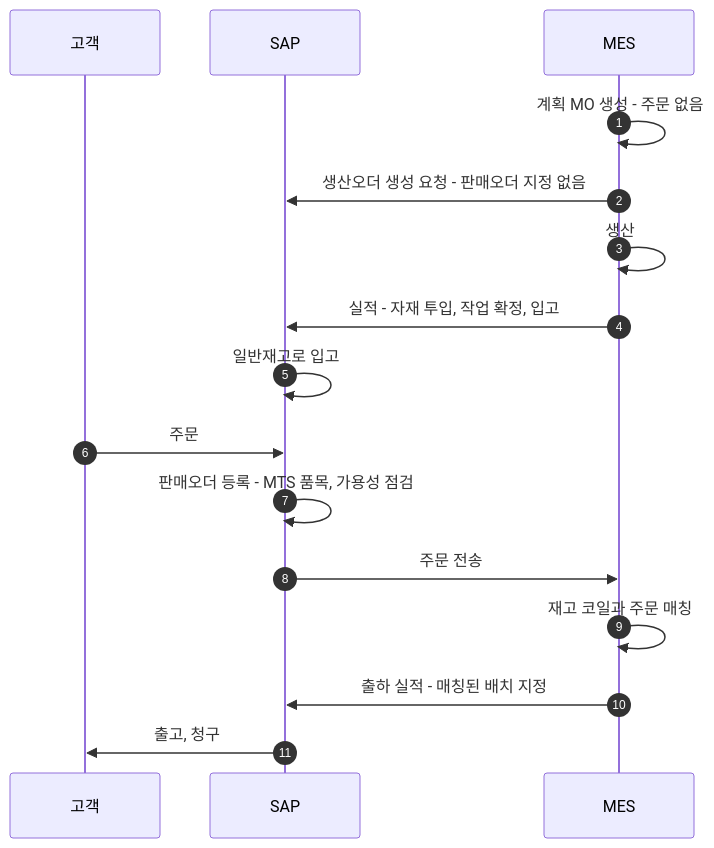
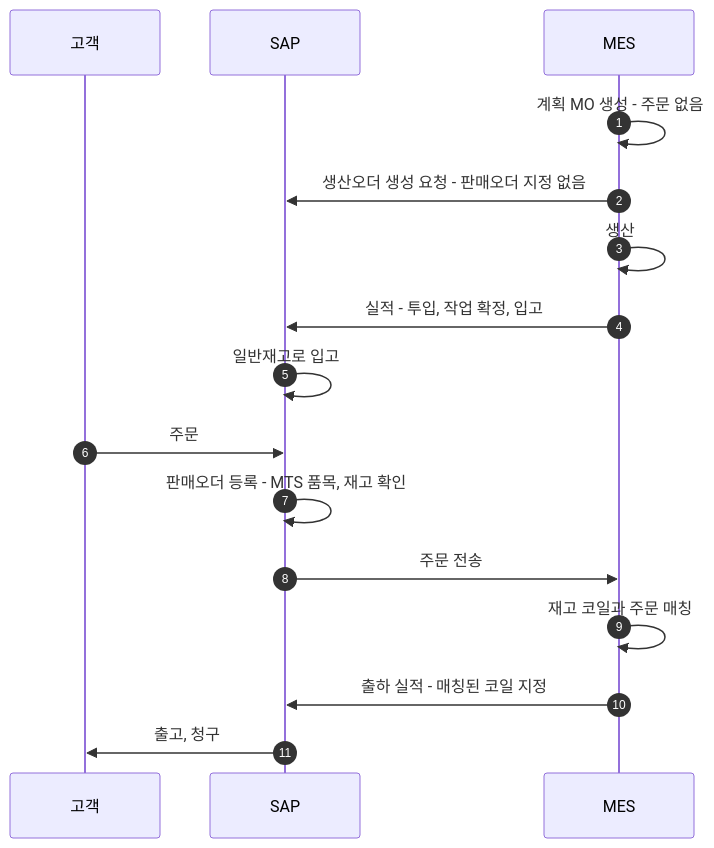
Before and after one commit to donseok/mes-to-be-doc: the seventh of 11 diagrams in docs/mto-mts-hybrid-analysis.md, drawn with Mermaid. The commit also changed other lines of this file and 6 other files, not shown here.

````diff
--- a/docs/mto-mts-hybrid-analysis.md
+++ b/docs/mto-mts-hybrid-analysis.md
@@ -207,18 +242,18 @@
 ```mermaid
 sequenceDiagram
   autonumber
   participant C as 고객
   participant S as SAP
   participant M as MES
   M->>M: 계획 MO 생성 - 주문 없음
   M->>S: 생산오더 생성 요청 - 판매오더 지정 없음
   M->>M: 생산
-  M->>S: 실적 - 자재 투입, 작업 확정, 입고
+  M->>S: 실적 - 투입, 작업 확정, 입고
   S->>S: 일반재고로 입고
   C->>S: 주문
-  S->>S: 판매오더 등록 - MTS 품목, 가용성 점검
+  S->>S: 판매오더 등록 - MTS 품목, 재고 확인
   S->>M: 주문 전송
   M->>M: 재고 코일과 주문 매칭
-  M->>S: 출하 실적 - 매칭된 배치 지정
+  M->>S: 출하 실적 - 매칭된 코일 지정
   S->>C: 출고, 청구
 ```
````
